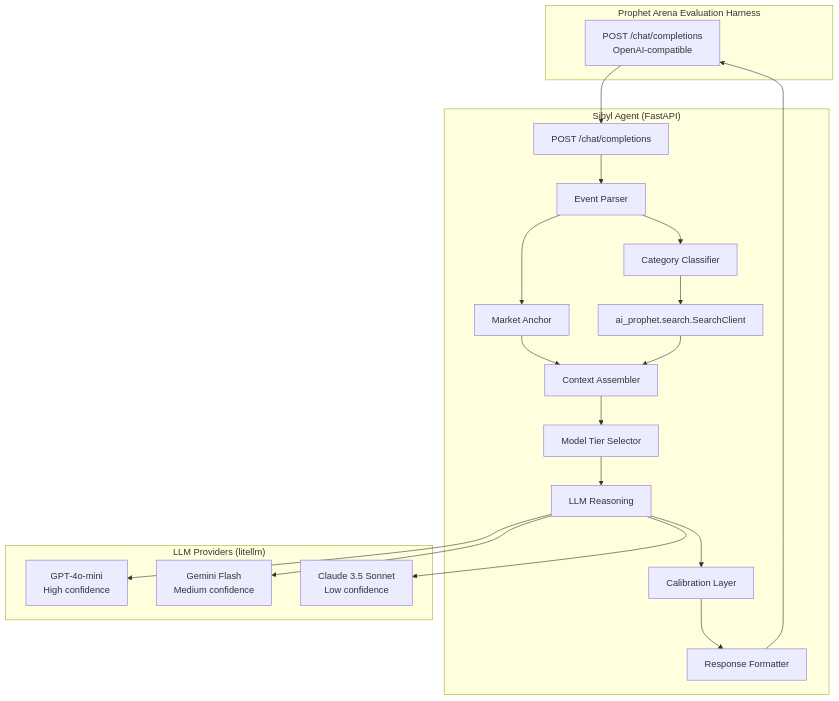
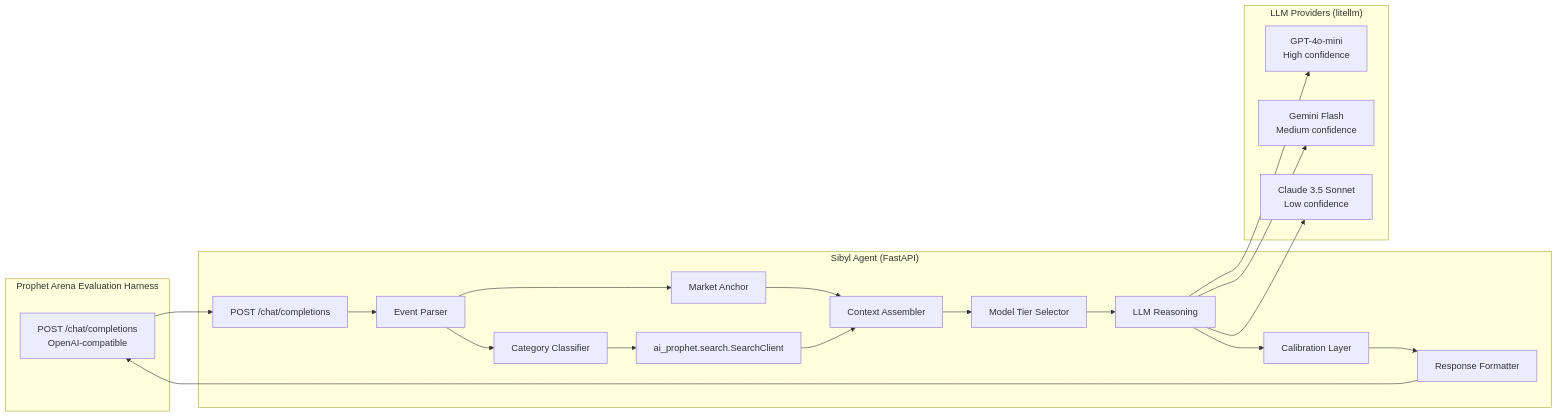
Before and after one commit to edycutjong/sibyl: the diagram in README.md, drawn with Mermaid. The commit also changed 1 other file, not shown here.

Commit message:
docs: change mermaid diagrams to left-to-right (LR) orientation

````diff
--- a/README.md
+++ b/README.md
@@ -62,39 +62,39 @@
 ```mermaid
-graph TB
+graph LR
     subgraph "Prophet Arena Evaluation Harness"
         PA["POST /chat/completions<br>OpenAI-compatible"]
     end
 
     subgraph "Sibyl Agent (FastAPI)"
         EP1["POST /chat/completions"]
         PARSE["Event Parser"]
         CC["Category Classifier"]
         MA["Market Anchor"]
         SC["ai_prophet.search.SearchClient"]
         CA["Context Assembler"]
         MT["Model Tier Selector"]
         LLM["LLM Reasoning"]
         CL["Calibration Layer"]
         FMT["Response Formatter"]
     end
 
     subgraph "LLM Providers (litellm)"
         MINI["GPT-4o-mini<br>High confidence"]
         FLASH["Gemini Flash<br>Medium confidence"]
         OPUS["Claude 3.5 Sonnet<br>Low confidence"]
     end
 
     PA --> EP1
     EP1 --> PARSE
     PARSE --> CC
     PARSE --> MA
     CC --> SC
     MA --> CA
     SC --> CA
     CA --> MT
     MT --> LLM
     LLM --> MINI & FLASH & OPUS
     LLM --> CL
     CL --> FMT
     FMT --> PA
 ```
````
